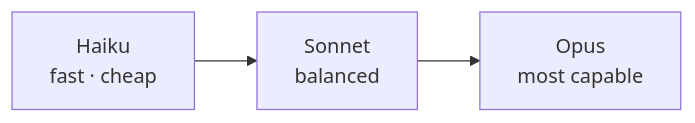
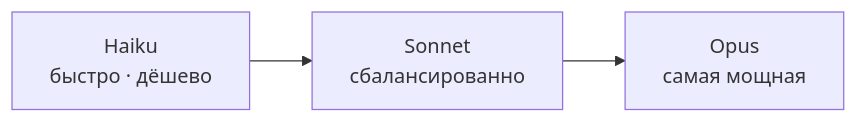
One commit to derob98/ailmanac changed the diagram in i18n/ru/docusaurus-plugin-content-docs/current/api/choosing-a-model.mdx. Above: the diagram before and after it, drawn with Mermaid. The commit also changed other lines of this file and 7 other files, not shown here.

````diff
--- a/i18n/ru/docusaurus-plugin-content-docs/current/api/choosing-a-model.mdx
+++ b/i18n/ru/docusaurus-plugin-content-docs/current/api/choosing-a-model.mdx
@@ -23,4 +30,4 @@
 ```mermaid
 flowchart LR
-  H["Haiku<br/>fast · cheap"] --> S["Sonnet<br/>balanced"] --> O["Opus<br/>most capable"]
+  H["Haiku<br/>быстро · дёшево"] --> S["Sonnet<br/>сбалансированно"] --> O["Opus<br/>самая мощная"]
 ```
````
